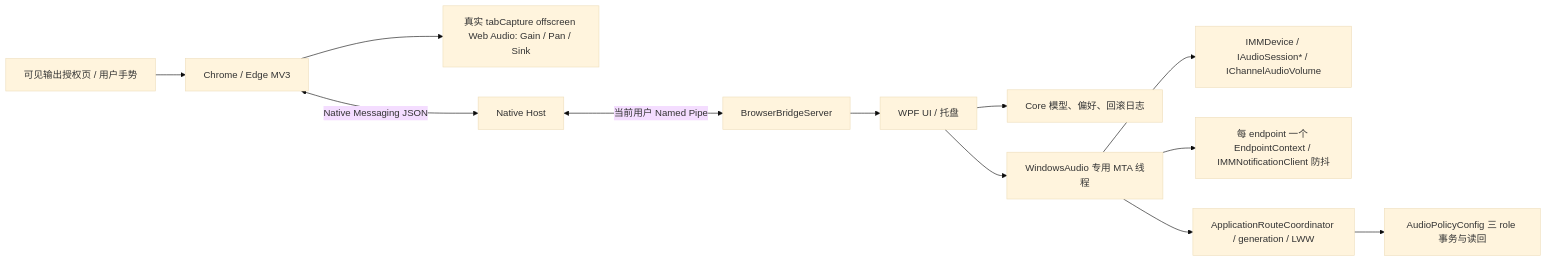
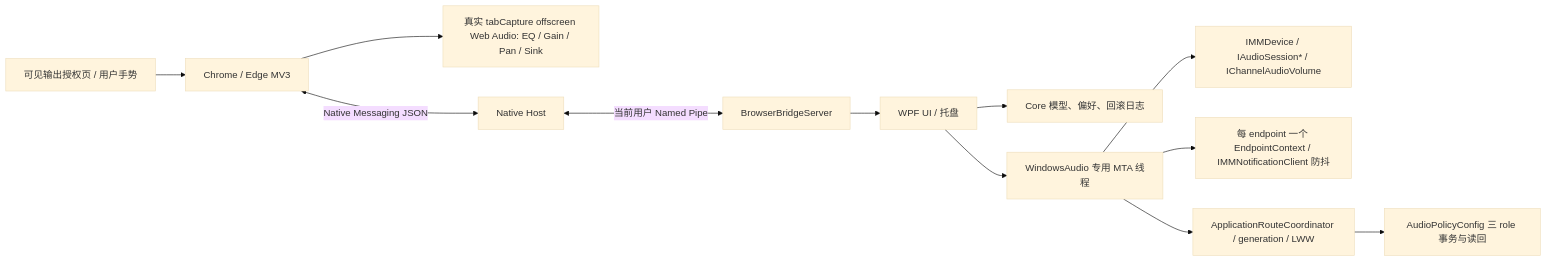
One commit to moran965/AudioSourceMixer changed the diagram in docs/architecture.md. Above: the diagram before and after it, drawn with Mermaid (base theme). The commit also changed other lines of this file and 13 other files, not shown here.

````diff
--- a/docs/architecture.md
+++ b/docs/architecture.md
@@ -3,14 +3,14 @@
 ```mermaid
 flowchart LR
   WPF["WPF UI / 托盘"] --> Core["Core 模型、偏好、回滚日志"]
   WPF --> WA["WindowsAudio 专用 MTA 线程"]
   WA --> COM["IMMDevice / IAudioSession* / IChannelAudioVolume"]
   WA --> DEV["每 endpoint 一个 EndpointContext / IMMNotificationClient 防抖"]
   WA --> COORD["ApplicationRouteCoordinator / generation / LWW"]
   COORD --> ROUTE["AudioPolicyConfig 三 role 事务与读回"]
-  EXT["Chrome / Edge MV3"] --> OFF["真实 tabCapture offscreen Web Audio: Gain / Pan / Sink"]
+  EXT["Chrome / Edge MV3"] --> OFF["真实 tabCapture offscreen Web Audio: EQ / Gain / Pan / Sink"]
   AUTH["可见输出授权页 / 用户手势"] --> EXT
   EXT <-->|"Native Messaging JSON"| HOST["Native Host"]
   HOST <-->|"当前用户 Named Pipe"| BRIDGE["BrowserBridgeServer"]
   BRIDGE --> WPF
 ```
````
